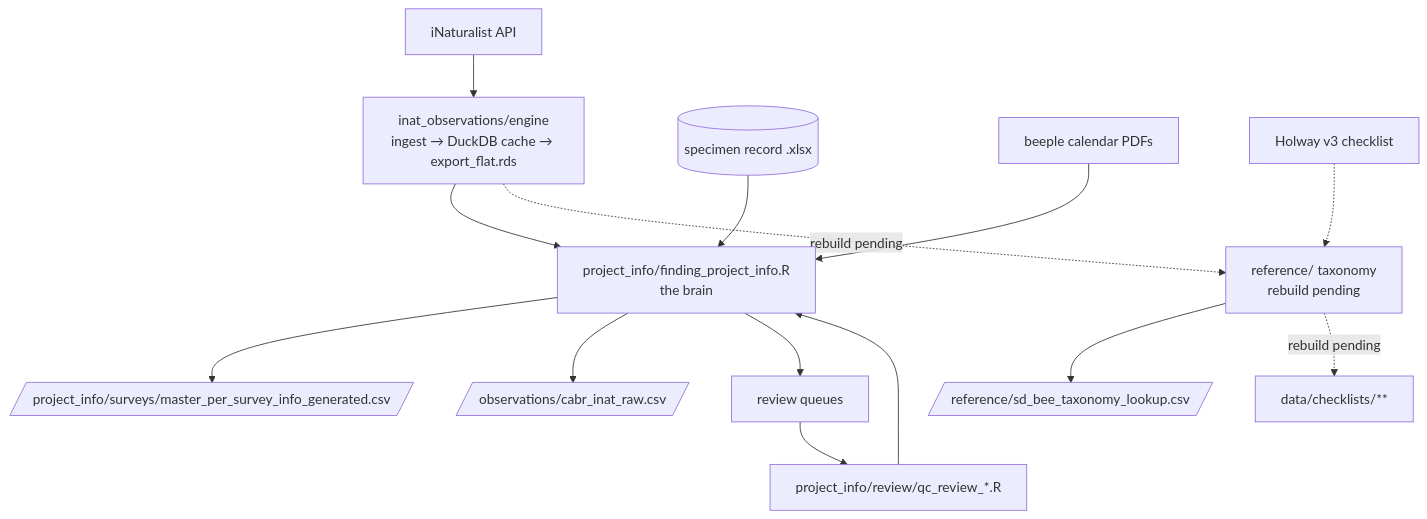
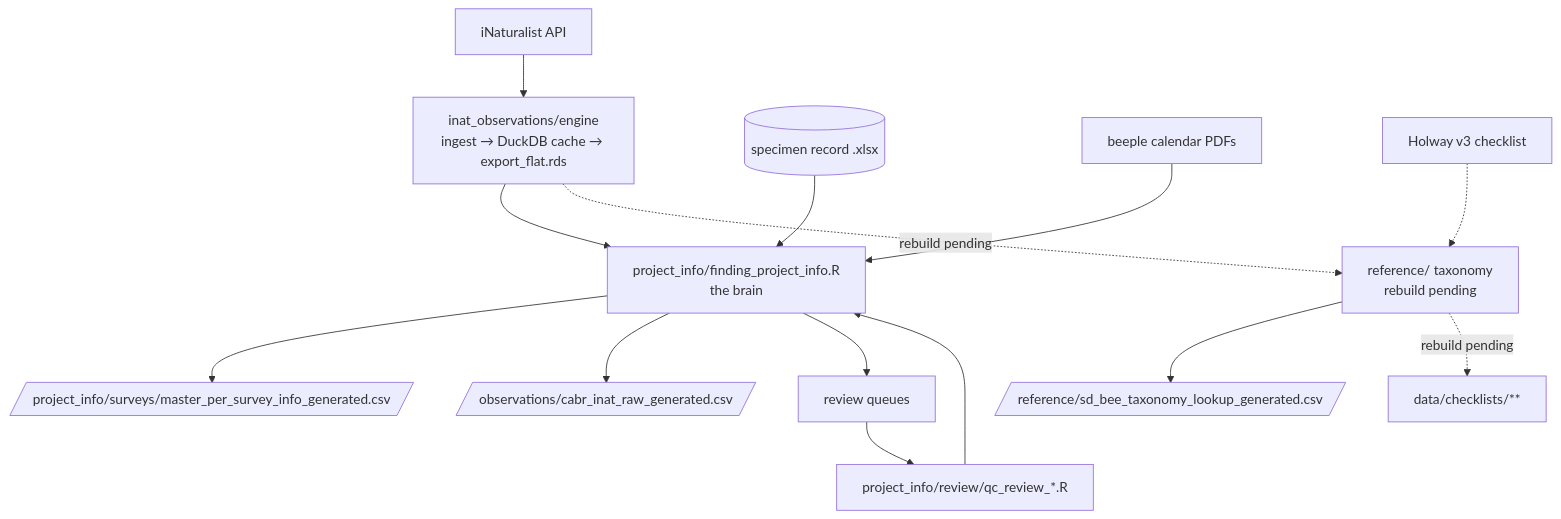
Before and after one commit to RandomBirdLover/beescabr: the diagram in dev-docs/SCRIPTS_GUIDE.md, drawn with Mermaid. The commit also changed other lines of this file and 63 other files, not shown here.

````diff
--- a/dev-docs/SCRIPTS_GUIDE.md
+++ b/dev-docs/SCRIPTS_GUIDE.md
@@ -56,13 +56,13 @@
 ```mermaid
 flowchart TD
   API[iNaturalist API] --> ENG[inat_observations/engine<br/>ingest → DuckDB cache → export_flat.rds]
   ENG --> BRAIN[project_info/finding_project_info.R<br/>the brain]
   SPEC[(specimen record .xlsx)] --> BRAIN
   CAL[beeple calendar PDFs] --> BRAIN
   BRAIN --> PSI[/project_info/surveys/master_per_survey_info_generated.csv/]
-  BRAIN --> RAW[/observations/cabr_inat_raw.csv/]
+  BRAIN --> RAW[/observations/cabr_inat_raw_generated.csv/]
   BRAIN --> REV[review queues] --> RW[project_info/review/qc_review_*.R] --> BRAIN
-  ENG -.rebuild pending.-> REF[reference/ taxonomy<br/>rebuild pending] --> LOOK[/reference/sd_bee_taxonomy_lookup.csv/]
+  ENG -.rebuild pending.-> REF[reference/ taxonomy<br/>rebuild pending] --> LOOK[/reference/sd_bee_taxonomy_lookup_generated.csv/]
   HOL[Holway v3 checklist] -.-> REF
   REF -.rebuild pending.-> CHK[data/checklists/**]
 ```
````
